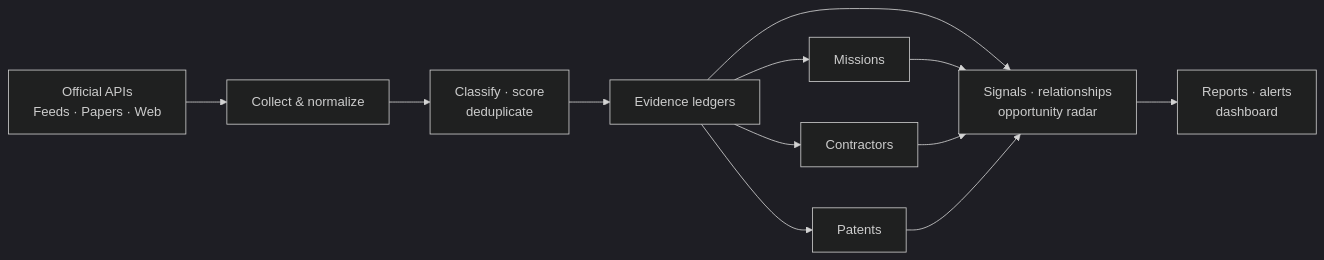
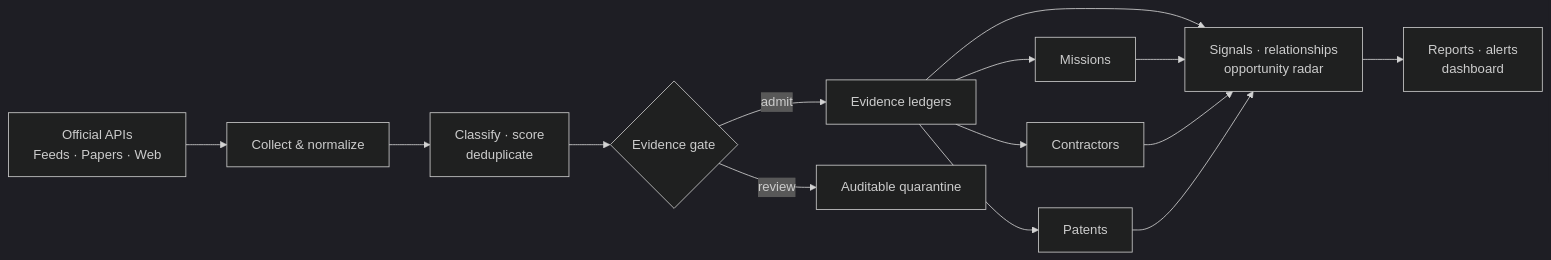
Before and after one commit to raybeecham/quantum-research-scout: the diagram in README.md, drawn with Mermaid (dark theme). The commit also changed other lines of this file and 23 other files, not shown here.

Commit message:
Add evidence admission and quarantine

````diff
--- a/README.md
+++ b/README.md
@@ -51,15 +51,17 @@
 ```mermaid
 flowchart LR
     A["Official APIs<br/>Feeds · Papers · Web"] --> B["Collect & normalize"]
     B --> C["Classify · score<br/>deduplicate"]
-    C --> D["Evidence ledgers"]
+    C --> Q{"Evidence gate"}
+    Q -->|admit| D["Evidence ledgers"]
+    Q -->|review| X["Auditable quarantine"]
     D --> E["Signals · relationships<br/>opportunity radar"]
     E --> F["Reports · alerts<br/>dashboard"]
 
     D --> G["Missions"]
     D --> H["Contractors"]
     D --> I["Patents"]
     G --> E
     H --> E
     I --> E
 ```
````
